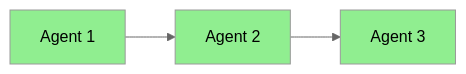
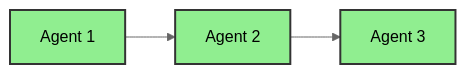
The first of 6 diagrams in docs/docs/section-2/step-02.md (quarkusio/quarkus-workshop-langchain4j), drawn with Mermaid (neutral theme) before and after one commit. The commit also changed other lines of this file and 6 other files, not shown here.

Commit message:
update docs for better flow, and fix diagrams (#301)

````diff
--- a/docs/docs/section-2/step-02.md
+++ b/docs/docs/section-2/step-02.md
@@ -54,7 +54,7 @@
 ```mermaid
 graph LR
-    A[Agent 1] --> B[Agent 2] --> C[Agent 3]
-    style A fill:#90EE90
-    style B fill:#90EE90
-    style C fill:#90EE90
+    A["Agent 1"] --> B["Agent 2"] --> C["Agent 3"]
+    style A fill:#90EE90,stroke:#333,stroke-width:2,color:#000
+    style B fill:#90EE90,stroke:#333,stroke-width:2,color:#000
+    style C fill:#90EE90,stroke:#333,stroke-width:2,color:#000
 ```
````
